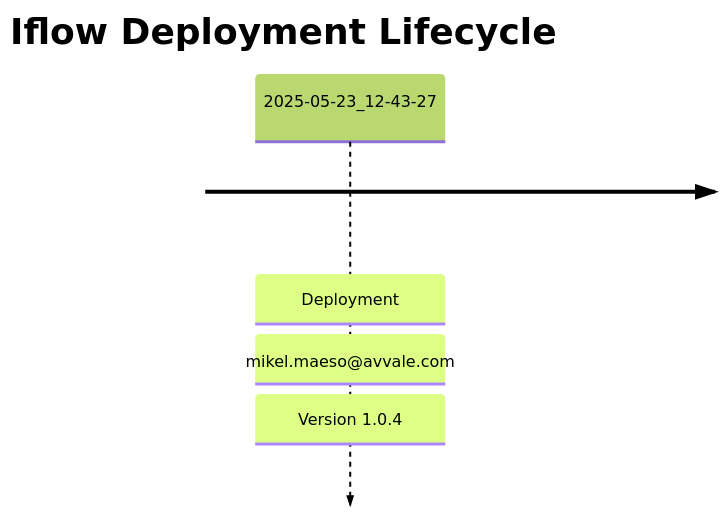
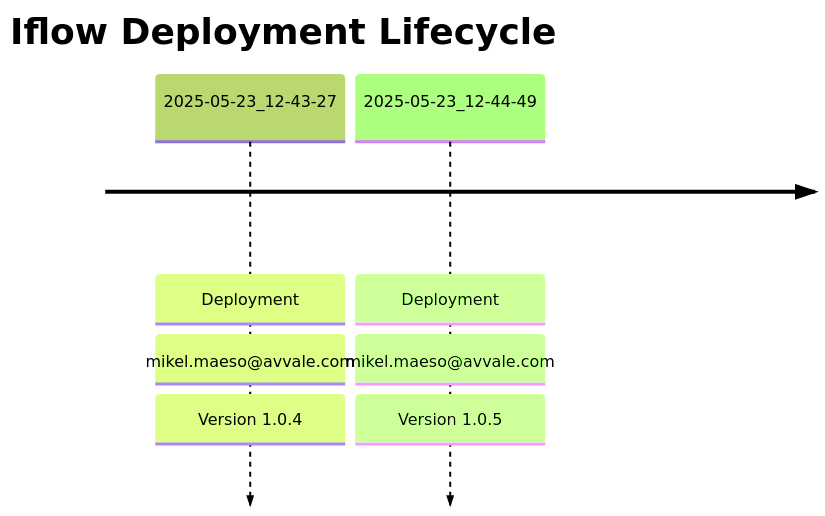
Before and after one commit to Avvale-IA-CICD/AvvaleCPI: the diagram in MMZ - Cell Iflows/Check_Connectivity_to_SAP_Business_Suite_MMZ/README.md, drawn with Mermaid. The commit also changed other lines of this file, not shown here.

Commit message:
docs: Update master README for MMZ - Cell Iflows/Check_Connectivity_to_SAP_Business_Suite_MMZ (v 1.0.5)

````diff
--- a/MMZ - Cell Iflows/Check_Connectivity_to_SAP_Business_Suite_MMZ/README.md
+++ b/MMZ - Cell Iflows/Check_Connectivity_to_SAP_Business_Suite_MMZ/README.md
@@ -7,6 +7,7 @@
 ```mermaid
 %%{init: { 'logLevel': 'debug', 'theme': 'forest' } }%%
 timeline
     title Iflow Deployment Lifecycle
     2025-05-23_12-43-27 : Deployment : mikel.maeso@avvale.com : Version 1.0.4
+    2025-05-23_12-44-49 : Deployment : mikel.maeso@avvale.com : Version 1.0.5
 ```
````
